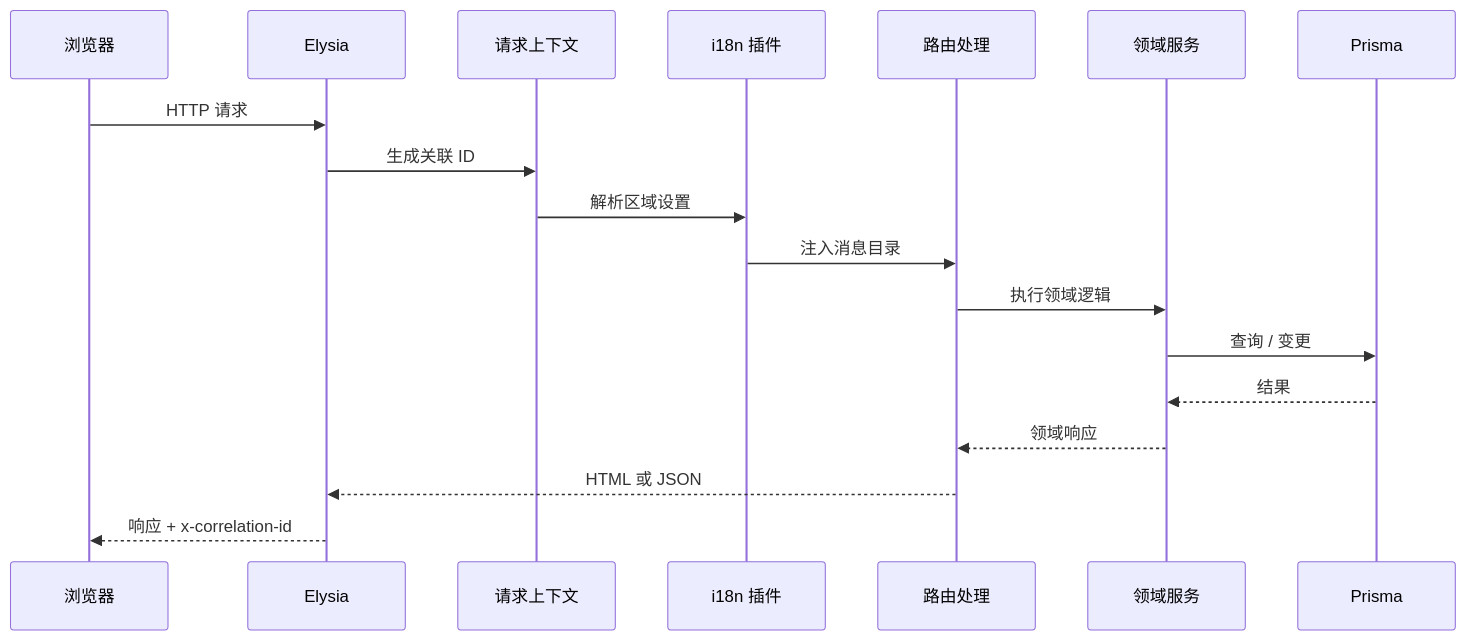
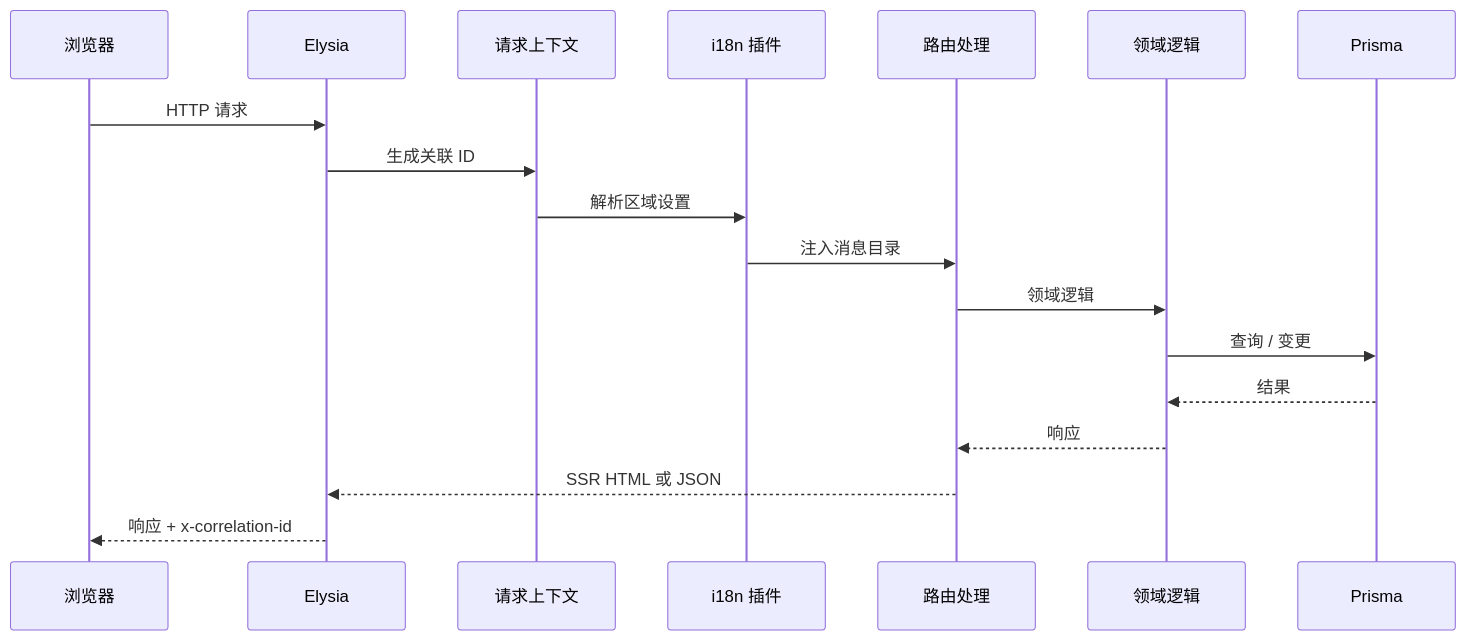
Before and after one commit to d4551/tea: the sixth of 8 diagrams in README.md, drawn with Mermaid. The commit also changed other lines of this file, not shown here.

````diff
--- a/README.md
+++ b/README.md
@@ -469,21 +439,21 @@
 ```mermaid
 sequenceDiagram
-  participant 浏览器
-  participant 服务器 as Elysia
-  participant 上下文 as 请求上下文
-  participant 国际化 as i18n 插件
-  participant 路由 as 路由处理
-  participant 领域 as 领域服务
-  participant 数据库 as Prisma
+  participant B as 浏览器
+  participant E as Elysia
+  participant RC as 请求上下文
+  participant I as i18n 插件
+  participant R as 路由处理
+  participant D as 领域逻辑
+  participant DB as Prisma
 
-  浏览器->>服务器: HTTP 请求
-  服务器->>上下文: 生成关联 ID
-  上下文->>国际化: 解析区域设置
-  国际化->>路由: 注入消息目录
-  路由->>领域: 执行领域逻辑
-  领域->>数据库: 查询 / 变更
-  数据库-->>领域: 结果
-  领域-->>路由: 领域响应
-  路由-->>服务器: HTML 或 JSON
-  服务器-->>浏览器: 响应 + x-correlation-id
+  B->>E: HTTP 请求
+  E->>RC: 生成关联 ID
+  RC->>I: 解析区域设置
+  I->>R: 注入消息目录
+  R->>D: 领域逻辑
+  D->>DB: 查询 / 变更
+  DB-->>D: 结果
+  D-->>R: 响应
+  R-->>E: SSR HTML 或 JSON
+  E-->>B: 响应 + x-correlation-id
 ```
````
